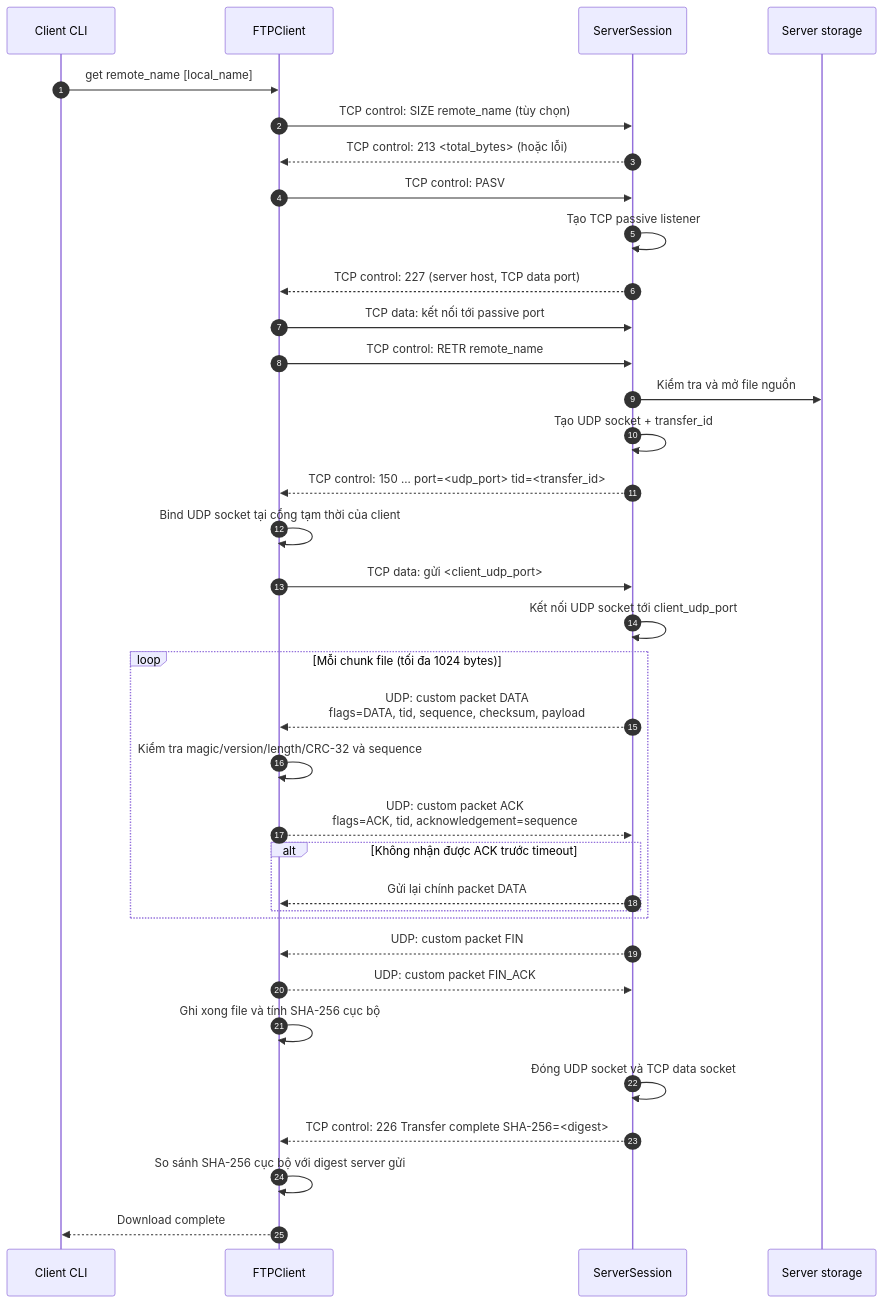
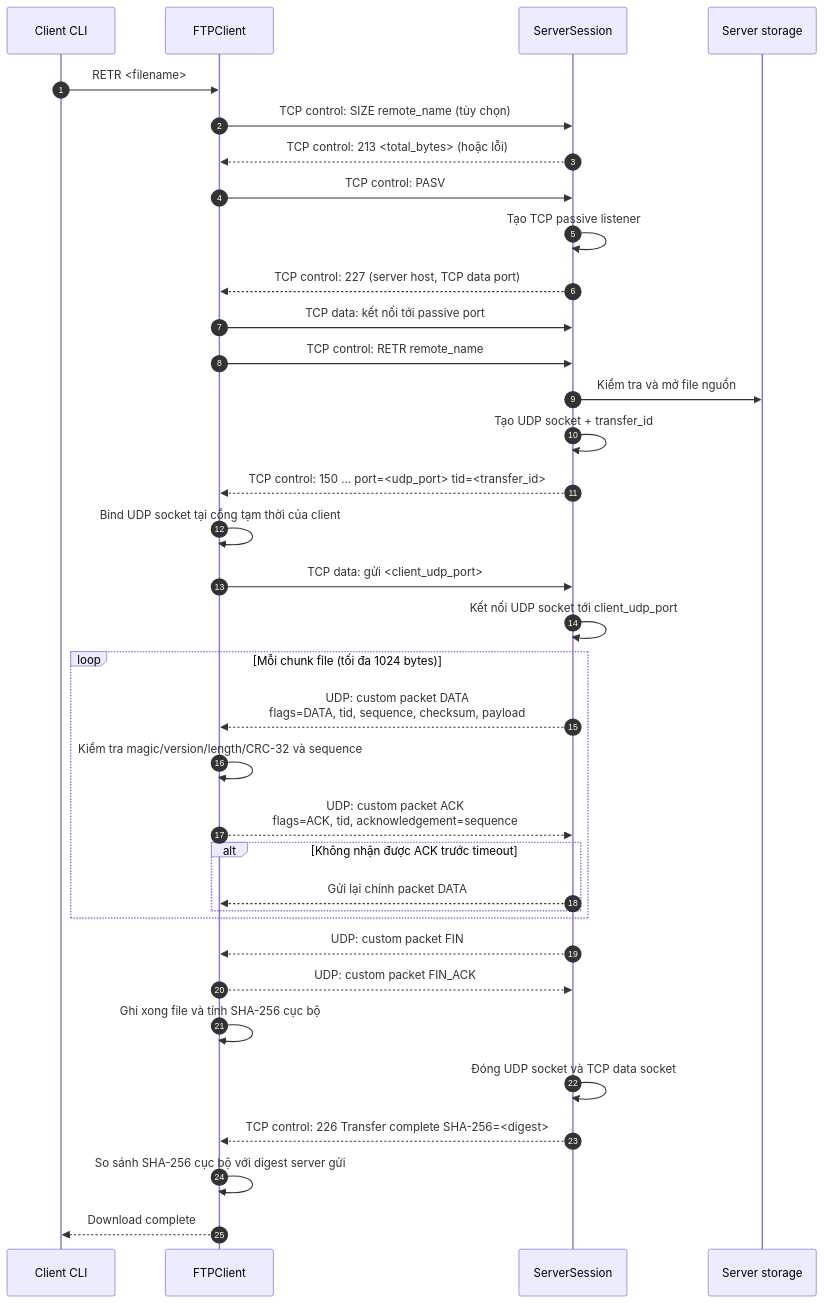
One commit to levinhthuanle/Hybrid-FTP changed the diagram in docs/08-download-flow.md. Above: the diagram before and after it, drawn with Mermaid. The commit also changed other lines of this file and 17 other files, not shown here.

````diff
--- a/docs/08-download-flow.md
+++ b/docs/08-download-flow.md
@@ -5,44 +5,44 @@
 ```mermaid
 sequenceDiagram
     autonumber
     participant CLI as Client CLI
     participant FC as FTPClient
     participant SC as ServerSession
     participant FS as Server storage
 
-    CLI->>FC: get remote_name [local_name]
+    CLI->>FC: RETR <filename>
     FC->>SC: TCP control: SIZE remote_name (tùy chọn)
     SC-->>FC: TCP control: 213 <total_bytes> (hoặc lỗi)
 
     FC->>SC: TCP control: PASV
     SC->>SC: Tạo TCP passive listener
     SC-->>FC: TCP control: 227 (server host, TCP data port)
     FC->>SC: TCP data: kết nối tới passive port
 
     FC->>SC: TCP control: RETR remote_name
     SC->>FS: Kiểm tra và mở file nguồn
     SC->>SC: Tạo UDP socket + transfer_id
     SC-->>FC: TCP control: 150 ... port=<udp_port> tid=<transfer_id>
 
     FC->>FC: Bind UDP socket tại cổng tạm thời của client
     FC->>SC: TCP data: gửi <client_udp_port>
     SC->>SC: Kết nối UDP socket tới client_udp_port
 
     loop Mỗi chunk file (tối đa 1024 bytes)
         SC-->>FC: UDP: custom packet DATA<br/>flags=DATA, tid, sequence, checksum, payload
         FC->>FC: Kiểm tra magic/version/length/CRC-32 và sequence
         FC-->>SC: UDP: custom packet ACK<br/>flags=ACK, tid, acknowledgement=sequence
         alt Không nhận được ACK trước timeout
             SC-->>FC: Gửi lại chính packet DATA
         end
     end
 
     SC-->>FC: UDP: custom packet FIN
     FC-->>SC: UDP: custom packet FIN_ACK
     FC->>FC: Ghi xong file và tính SHA-256 cục bộ
 
     SC->>SC: Đóng UDP socket và TCP data socket
     SC-->>FC: TCP control: 226 Transfer complete SHA-256=<digest>
     FC->>FC: So sánh SHA-256 cục bộ với digest server gửi
     FC-->>CLI: Download complete
 ```
````
